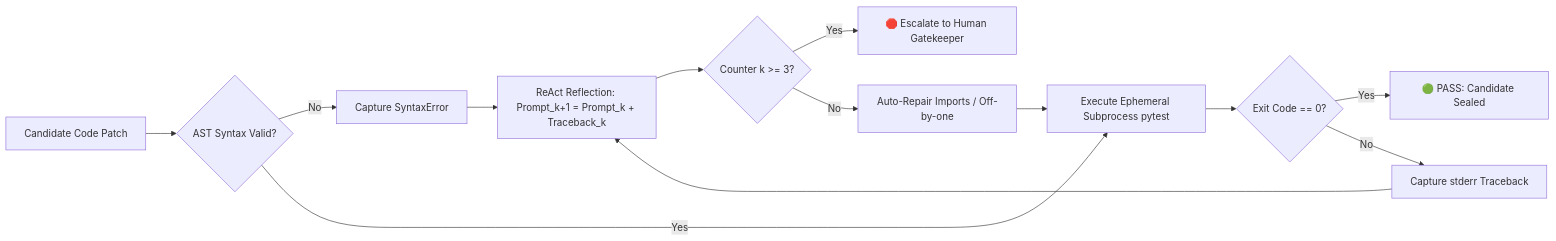
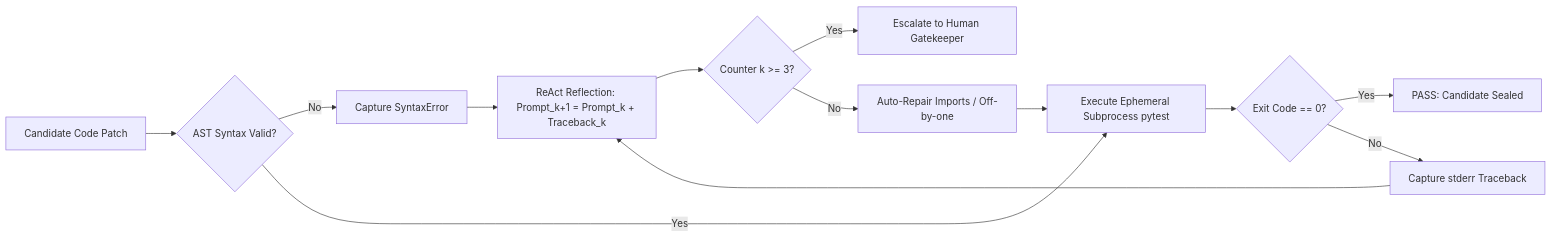
One commit to jaindhruv1923/KAVACH changed the fourth of 4 diagrams in 03_Documentation/01_Master_Presentations/KAVACH_PERFECT_MASTER_PRESENTATION_24_SLIDES.md. Above: the diagram before and after it, drawn with Mermaid. The commit also changed other lines of this file and 90 other files, not shown here.

````diff
--- a/03_Documentation/01_Master_Presentations/KAVACH_PERFECT_MASTER_PRESENTATION_24_SLIDES.md
+++ b/03_Documentation/01_Master_Presentations/KAVACH_PERFECT_MASTER_PRESENTATION_24_SLIDES.md
@@ -341,12 +341,12 @@
 ```mermaid
 flowchart LR
     Candidate[Candidate Code Patch] --> AST{AST Syntax Valid?}
     AST -->|No| CaptureSyntax[Capture SyntaxError] --> Reflect
     AST -->|Yes| Exec[Execute Ephemeral Subprocess pytest]
     Exec --> Result{Exit Code == 0?}
-    Result -->|Yes| Sealed[🟢 PASS: Candidate Sealed]
+    Result -->|Yes| Sealed[ PASS: Candidate Sealed]
     Result -->|No| CaptureStderr[Capture stderr Traceback] --> Reflect
     Reflect[ReAct Reflection: Prompt_k+1 = Prompt_k + Traceback_k] --> Max{Counter k >= 3?}
-    Max -->|Yes| Escalate[🛑 Escalate to Human Gatekeeper]
+    Max -->|Yes| Escalate[ Escalate to Human Gatekeeper]
     Max -->|No| AutoRepair[Auto-Repair Imports / Off-by-one] --> Exec
 ```
````
